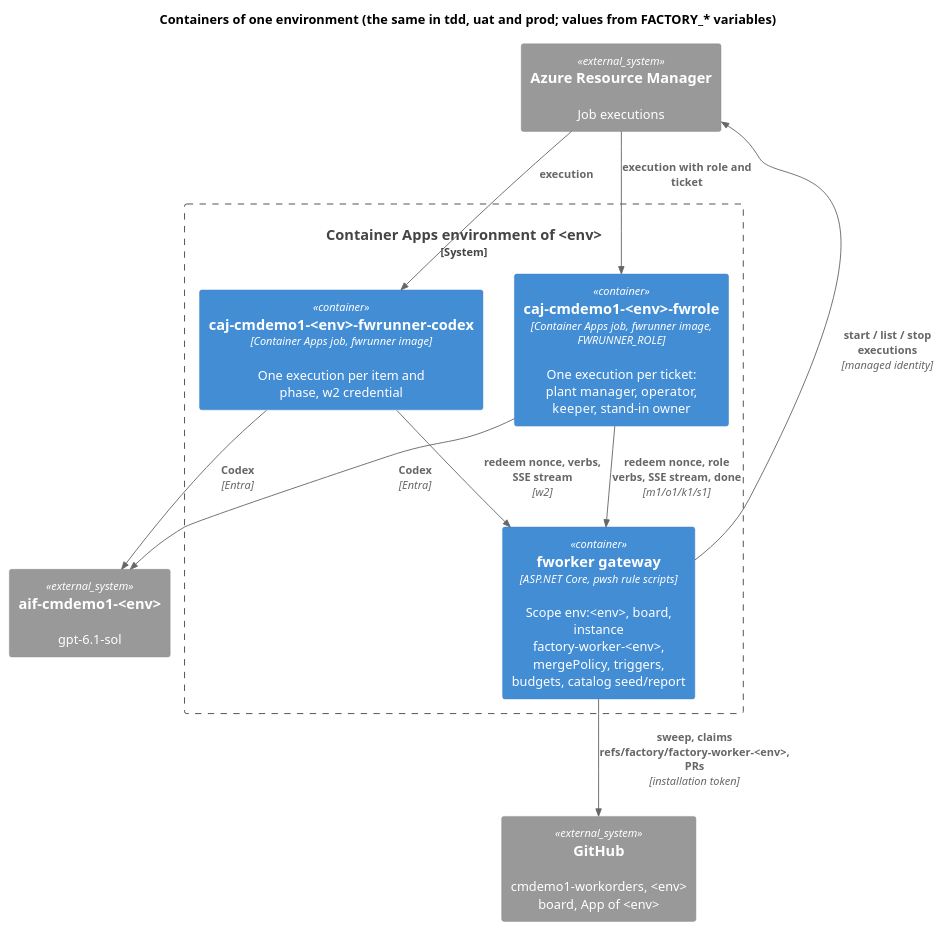
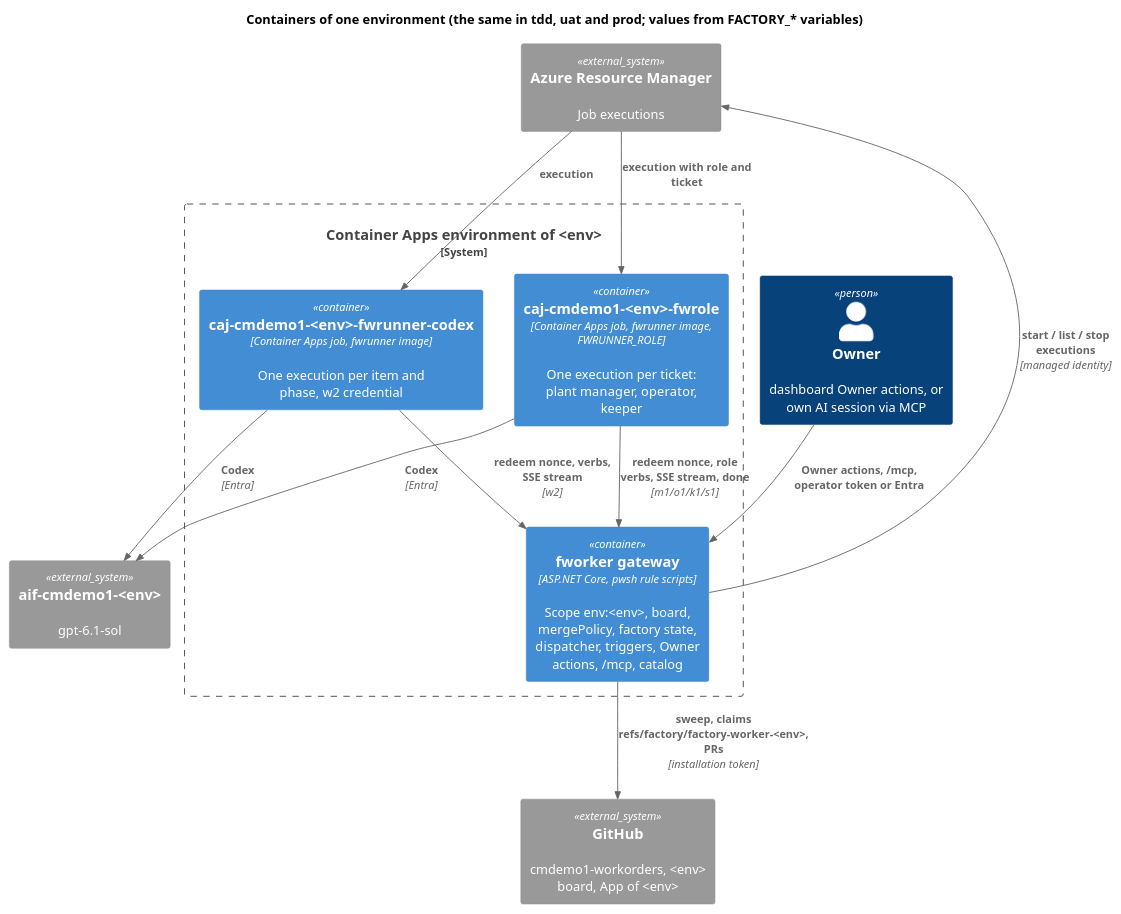
One commit to clearmeasure-aisf-sample-apps/cmdemo1-fworker changed the diagram in docs/design/diagrams/etf-container.puml. Above: the diagram before and after it, drawn with PlantUML. The commit also changed 4 other files, not shown here.

Commit message:
Design: Start/Stop, dispatch, Owner actions and MCP; no stand-in role

```diff
--- a/docs/design/diagrams/etf-container.puml
+++ b/docs/design/diagrams/etf-container.puml
@@ -1,20 +1,22 @@
 @startuml etf-container
 !include <C4/C4_Container>
 title Containers of one environment (the same in tdd, uat and prod; values from FACTORY_* variables)
+Person(owner, "Owner", "dashboard Owner actions, or own AI session via MCP")
 System_Boundary(env, "Container Apps environment of <env>") {
-  Container(gw, "fworker gateway", "ASP.NET Core, pwsh rule scripts", "Scope env:<env>, board, instance factory-worker-<env>, mergePolicy, triggers, budgets, catalog seed/report")
+  Container(gw, "fworker gateway", "ASP.NET Core, pwsh rule scripts", "Scope env:<env>, board, mergePolicy, factory state, dispatcher, triggers, Owner actions, /mcp, catalog")
   Container(wjob, "caj-cmdemo1-<env>-fwrunner-codex", "Container Apps job, fwrunner image", "One execution per item and phase, w2 credential")
-  Container(rjob, "caj-cmdemo1-<env>-fwrole", "Container Apps job, fwrunner image, FWRUNNER_ROLE", "One execution per ticket: plant manager, operator, keeper, stand-in owner")
+  Container(rjob, "caj-cmdemo1-<env>-fwrole", "Container Apps job, fwrunner image, FWRUNNER_ROLE", "One execution per ticket: plant manager, operator, keeper")
 }
 System_Ext(gh, "GitHub", "cmdemo1-workorders, <env> board, App of <env>")
 System_Ext(model, "aif-cmdemo1-<env>", "gpt-6.1-sol")
 System_Ext(arm, "Azure Resource Manager", "Job executions")
 Rel(gw, arm, "start / list / stop executions", "managed identity")
 Rel(arm, wjob, "execution")
 Rel(arm, rjob, "execution with role and ticket")
 Rel(wjob, gw, "redeem nonce, verbs, SSE stream", "w2")
 Rel(rjob, gw, "redeem nonce, role verbs, SSE stream, done", "m1/o1/k1/s1")
 Rel(wjob, model, "Codex", "Entra")
 Rel(rjob, model, "Codex", "Entra")
 Rel(gw, gh, "sweep, claims refs/factory/factory-worker-<env>, PRs", "installation token")
+Rel(owner, gw, "Owner actions, /mcp, operator token or Entra")
 @enduml
```
